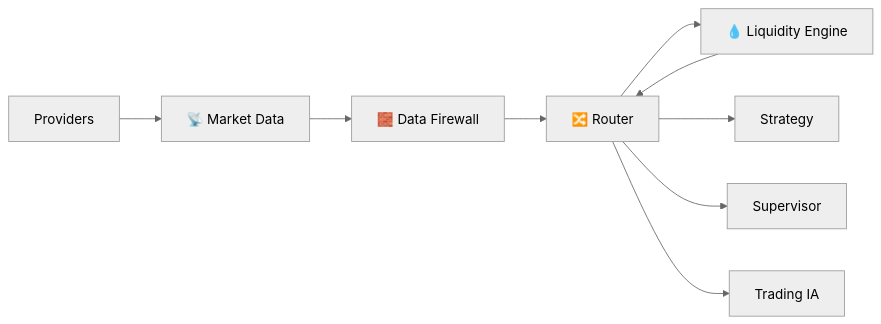
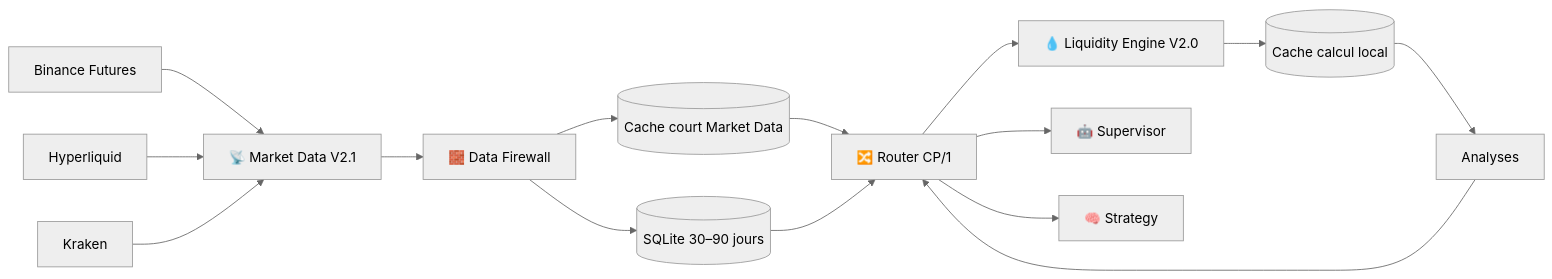
Before and after one commit to florian74410/IA-Trading-Bot: the diagram in docs/wiki/Liquidity-Engine.md, drawn with Mermaid (neutral theme). The commit also changed other lines of this file, not shown here.

Commit message:
docs(wiki): document Liquidity Engine V2 internal-only architecture

````diff
--- a/docs/wiki/Liquidity-Engine.md
+++ b/docs/wiki/Liquidity-Engine.md
@@ -44,11 +13,17 @@
 ```mermaid
 flowchart LR
-  P[Providers] --> M[📡 Market Data]
+  B[Binance Futures] --> M[📡 Market Data V2.1]
+  H[Hyperliquid] --> M
+  K[Kraken] --> M
   M --> F[🧱 Data Firewall]
-  F --> R[🔀 Router]
-  R --> L[💧 Liquidity Engine]
-  L --> R
-  R --> S[Strategy]
-  R --> A[Supervisor]
-  R --> UI[Trading IA]
+  F --> C[(Cache court Market Data)]
+  F --> SQL[(SQLite 30–90 jours)]
+  C --> R[🔀 Router CP/1]
+  SQL --> R
+  R --> L[💧 Liquidity Engine V2.0]
+  L --> LC[(Cache calcul local)]
+  LC --> A[Analyses]
+  A --> R
+  R --> S[🤖 Supervisor]
+  R --> ST[🧠 Strategy]
 ```
````
